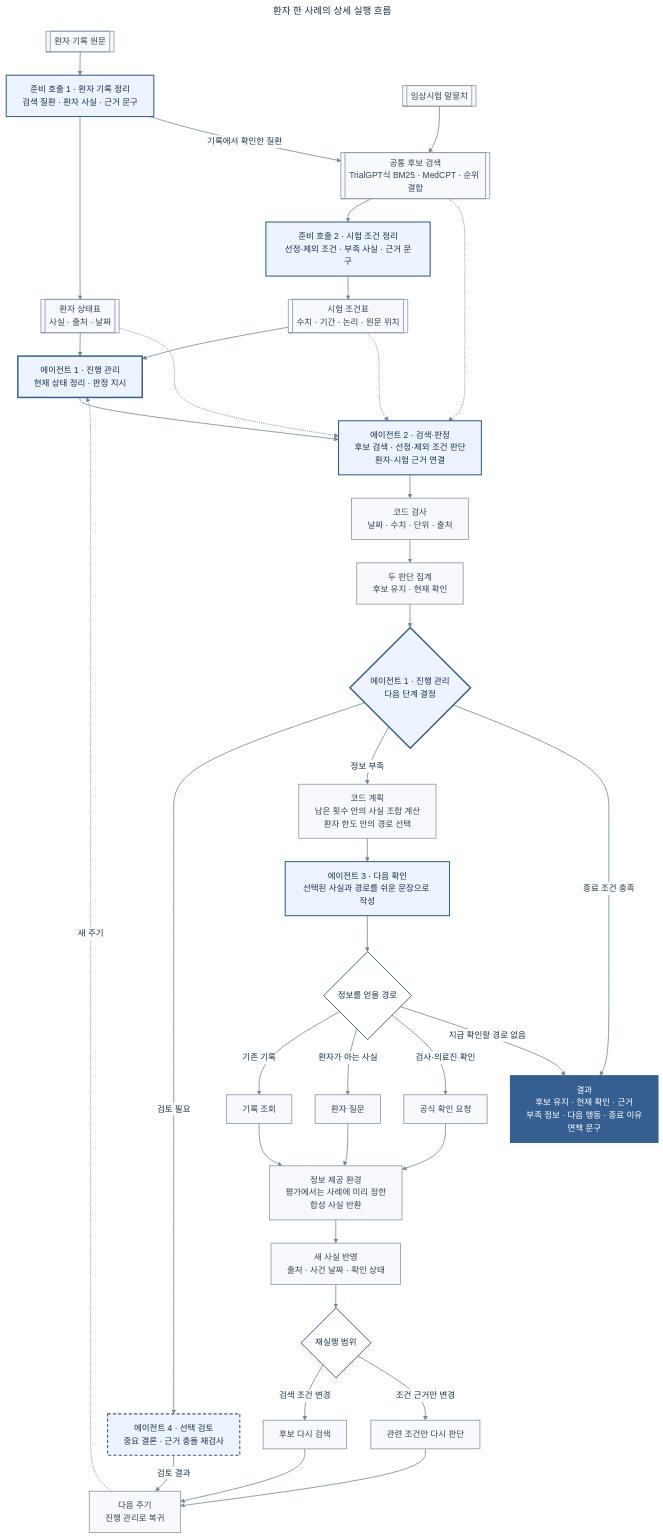
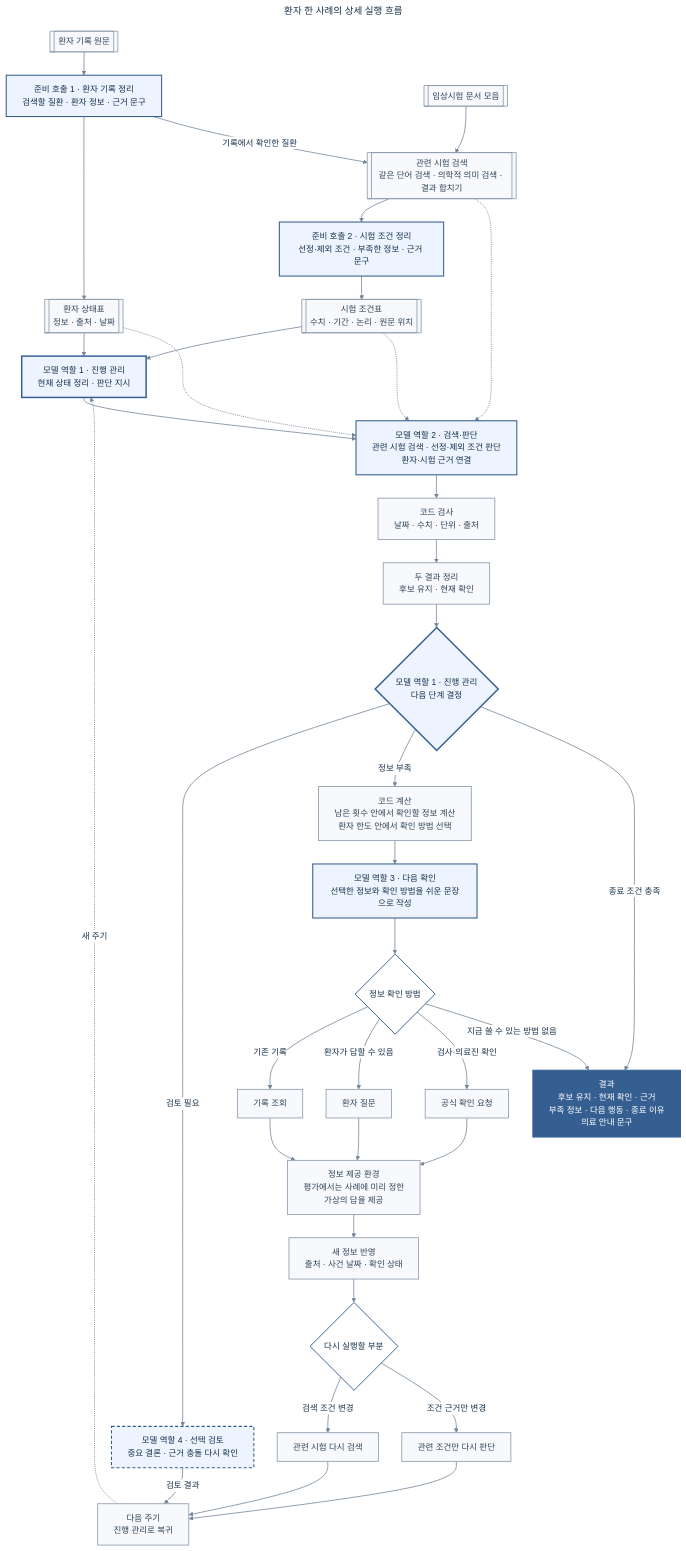
One commit to health-agent/Clarifytrial changed the diagram in docs/internal/diagrams/clarifytrial-detailed-workflow.mmd. Above: the diagram before and after it, drawn with Mermaid. The commit also changed 17 other files, not shown here.

```diff
--- a/docs/internal/diagrams/clarifytrial-detailed-workflow.mmd
+++ b/docs/internal/diagrams/clarifytrial-detailed-workflow.mmd
@@ -1,99 +1,99 @@
 ---
 title: 환자 한 사례의 상세 실행 흐름
 config:
   theme: base
   flowchart:
     curve: basis
     nodeSpacing: 44
     rankSpacing: 44
     wrappingWidth: 250
   themeVariables:
     background: '#ffffff'
     primaryTextColor: '#18324a'
     lineColor: '#73869a'
     edgeLabelBackground: '#ffffff'
     fontFamily: 'Pretendard, Noto Sans KR, Malgun Gothic, sans-serif'
 ---
 flowchart TB
     PR[["환자 기록 원문"]]
-    PS["준비 호출 1 · 환자 기록 정리<br/>검색 질환 · 환자 사실 · 근거 문구"]
-    P[["환자 상태표<br/>사실 · 출처 · 날짜"]]
-    TC[["임상시험 말뭉치"]]
-    R[["공통 후보 검색<br/>TrialGPT식 BM25 · MedCPT · 순위 결합"]]
-    TS["준비 호출 2 · 시험 조건 정리<br/>선정·제외 조건 · 부족 사실 · 근거 문구"]
+    PS["준비 호출 1 · 환자 기록 정리<br/>검색할 질환 · 환자 정보 · 근거 문구"]
+    P[["환자 상태표<br/>정보 · 출처 · 날짜"]]
+    TC[["임상시험 문서 모음"]]
+    R[["관련 시험 검색<br/>같은 단어 검색 · 의학적 의미 검색 · 결과 합치기"]]
+    TS["준비 호출 2 · 시험 조건 정리<br/>선정·제외 조건 · 부족한 정보 · 근거 문구"]
     T[["시험 조건표<br/>수치 · 기간 · 논리 · 원문 위치"]]
 
-    A1S["에이전트 1 · 진행 관리<br/>현재 상태 정리 · 판정 지시"]
-    A2["에이전트 2 · 검색·판정<br/>후보 검색 · 선정·제외 조건 판단<br/>환자·시험 근거 연결"]
+    A1S["모델 역할 1 · 진행 관리<br/>현재 상태 정리 · 판단 지시"]
+    A2["모델 역할 2 · 검색·판단<br/>관련 시험 검색 · 선정·제외 조건 판단<br/>환자·시험 근거 연결"]
     C1["코드 검사<br/>날짜 · 수치 · 단위 · 출처"]
-    C2["두 판단 집계<br/>후보 유지 · 현재 확인"]
-    A1D{"에이전트 1 · 진행 관리<br/>다음 단계 결정"}
+    C2["두 결과 정리<br/>후보 유지 · 현재 확인"]
+    A1D{"모델 역할 1 · 진행 관리<br/>다음 단계 결정"}
 
-    A4["에이전트 4 · 선택 검토<br/>중요 결론 · 근거 충돌 재검사"]
-    C3["코드 계획<br/>남은 횟수 안의 사실 조합 계산<br/>환자 한도 안의 경로 선택"]
-    A3["에이전트 3 · 다음 확인<br/>선택된 사실과 경로를 쉬운 문장으로 작성"]
-    G{"정보를 얻을 경로"}
+    A4["모델 역할 4 · 선택 검토<br/>중요 결론 · 근거 충돌 다시 확인"]
+    C3["코드 계산<br/>남은 횟수 안에서 확인할 정보 계산<br/>환자 한도 안에서 확인 방법 선택"]
+    A3["모델 역할 3 · 다음 확인<br/>선택한 정보와 확인 방법을 쉬운 문장으로 작성"]
+    G{"정보 확인 방법"}
     L["기록 조회"]
     Q["환자 질문"]
     V["공식 확인 요청"]
-    H["정보 제공 환경<br/>평가에서는 사례에 미리 정한<br/>합성 사실 반환"]
-    N["새 사실 반영<br/>출처 · 사건 날짜 · 확인 상태"]
-    S{"재실행 범위"}
-    S1["후보 다시 검색"]
+    H["정보 제공 환경<br/>평가에서는 사례에 미리 정한<br/>가상의 답을 제공"]
+    N["새 정보 반영<br/>출처 · 사건 날짜 · 확인 상태"]
+    S{"다시 실행할 부분"}
+    S1["관련 시험 다시 검색"]
     S2["관련 조건만 다시 판단"]
     M["다음 주기<br/>진행 관리로 복귀"]
-    O["결과<br/>후보 유지 · 현재 확인 · 근거<br/>부족 정보 · 다음 행동 · 종료 이유<br/>면책 문구"]
+    O["결과<br/>후보 유지 · 현재 확인 · 근거<br/>부족 정보 · 다음 행동 · 종료 이유<br/>의료 안내 문구"]
 
     PR --> PS
     PS --> P
     PS -->|기록에서 확인한 질환| R
     TC --> R
     R --> TS
     TS --> T
     T --> A1S
     P --> A1S
     A1S --> A2
     T -.-> A2
     P -.-> A2
     R -.-> A2
     A2 --> C1
     C1 --> C2
     C2 --> A1D
 
     A1D -->|검토 필요| A4
     A4 -->|검토 결과| M
     A1D -->|정보 부족| C3
     C3 --> A3
     A3 --> G
     G -->|기존 기록| L
-    G -->|환자가 아는 사실| Q
+    G -->|환자가 답할 수 있음| Q
     G -->|검사·의료진 확인| V
     L --> H
     Q --> H
     V --> H
     H --> N
     N --> S
     S -->|검색 조건 변경| S1
     S -->|조건 근거만 변경| S2
     S1 --> M
     S2 --> M
     M -.->|새 주기| A1S
 
     A1D -->|종료 조건 충족| O
-    G -->|지금 확인할 경로 없음| O
+    G -->|지금 쓸 수 있는 방법 없음| O
 
     classDef lead fill:#edf4ff,stroke:#365f91,stroke-width:2.8px,color:#18324a;
     classDef agent fill:#edf4ff,stroke:#365f91,stroke-width:2px,color:#18324a;
     classDef optional fill:#edf4ff,stroke:#365f91,stroke-width:2px,stroke-dasharray:6 4,color:#18324a;
     classDef shared fill:#f7f9fc,stroke:#8a98a8,stroke-width:1.5px,color:#304457;
     classDef decision fill:#ffffff,stroke:#365f91,stroke-width:1.8px,color:#18324a;
     classDef output fill:#365f91,stroke:#365f91,stroke-width:2px,color:#ffffff;
 
     class A1S,A1D lead;
     class PS,TS,A2,A3 agent;
     class A4 optional;
     class PR,P,TC,R,T,C1,C2,C3,L,Q,V,H,N,S1,S2,M shared;
     class G,S decision;
     class O output;
 
     linkStyle default stroke:#73869a,stroke-width:1.5px;
```
